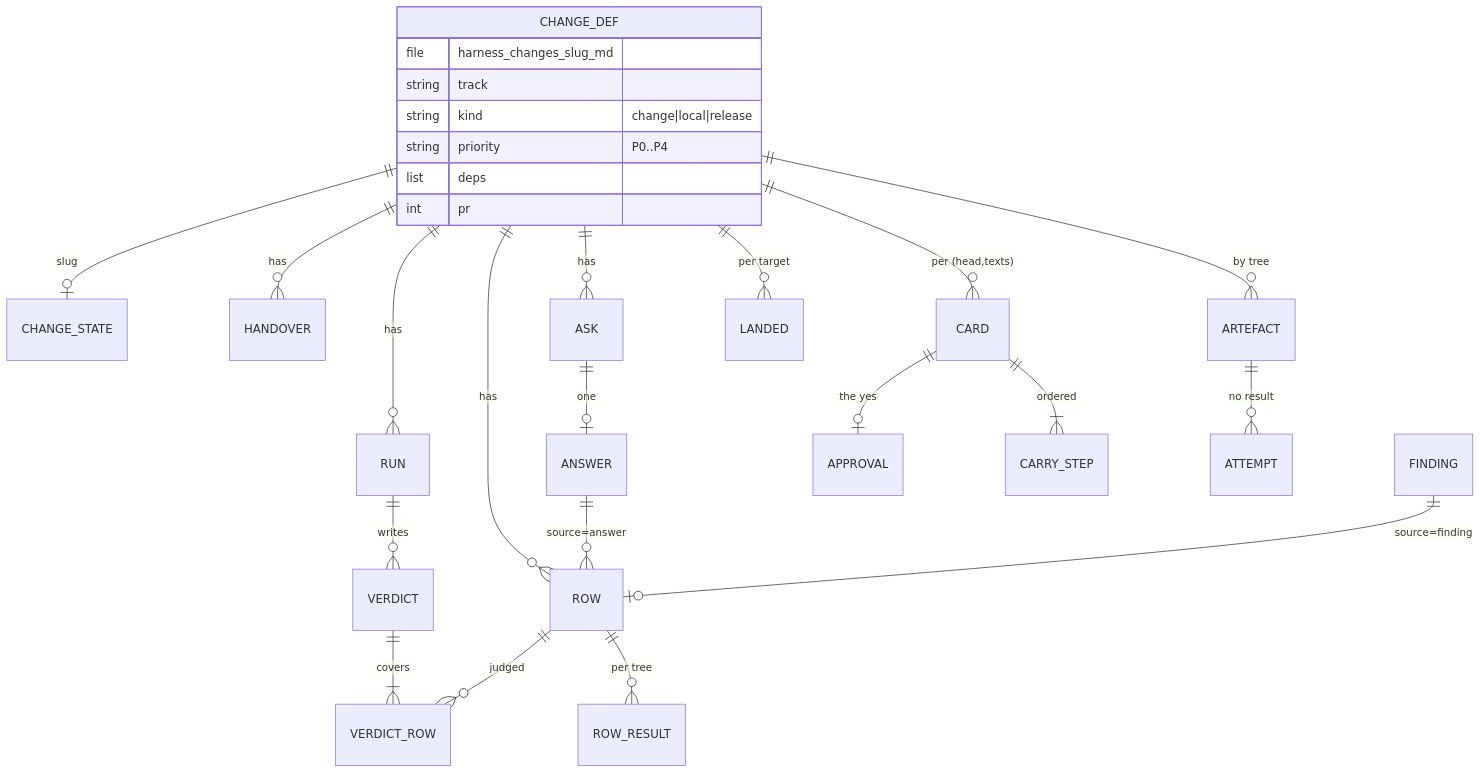
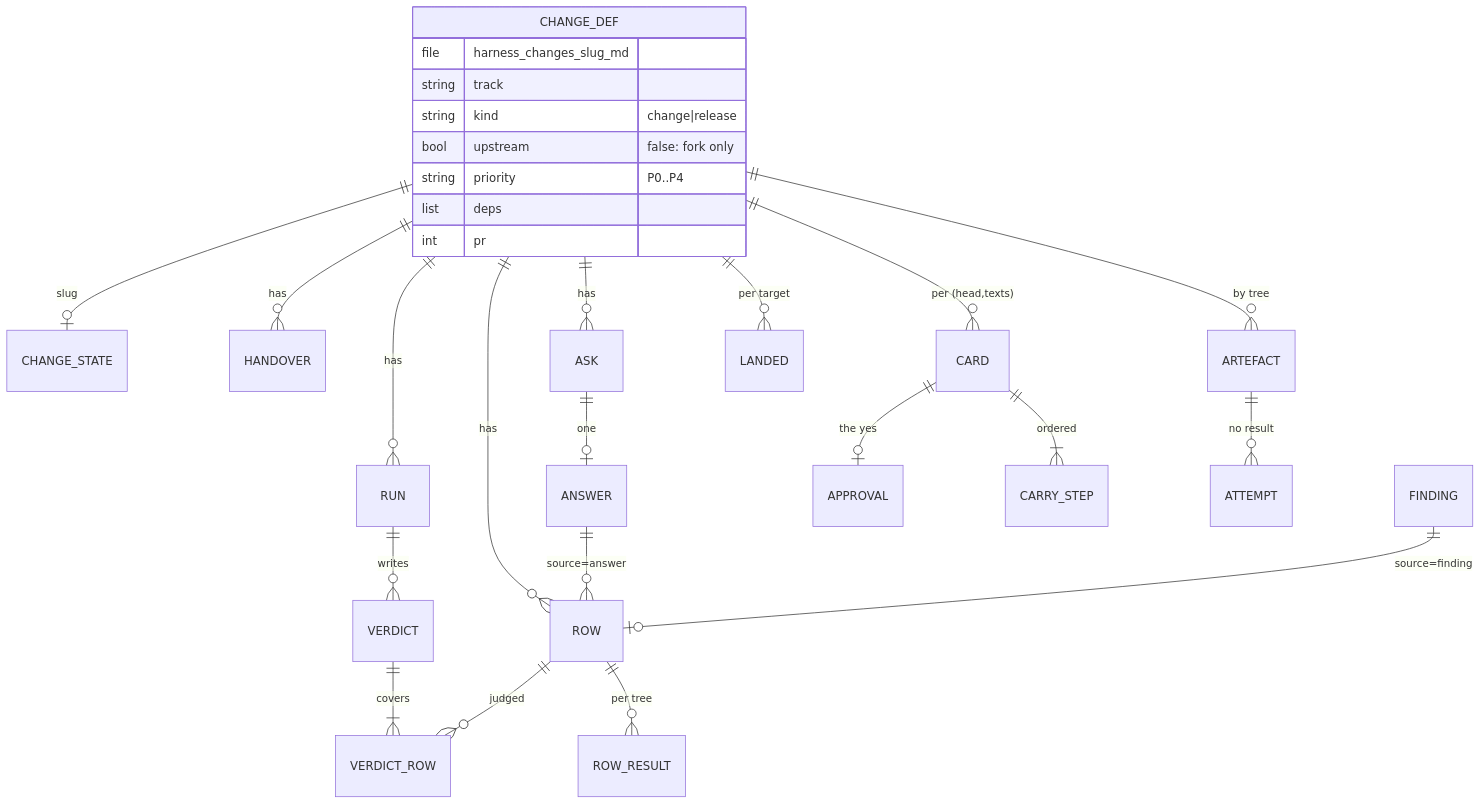
The second of 9 diagrams in docs/V9-PROPOSAL.md (AlexPerrin/RuneHarness), drawn with Mermaid before and after one commit. The commit also changed other lines of this file and 14 other files, not shown here.

First line of the commit message:
v9: inheritance audit — scripts and skills move into this repo (tracks/, .claude/skills/), rows are script|judge, handover records only, no Limits, no docfmt, build semaphore, upstream flag

````diff
--- a/docs/V9-PROPOSAL.md
+++ b/docs/V9-PROPOSAL.md
@@ -259,29 +264,30 @@
 ```mermaid
 erDiagram
   CHANGE_DEF ||--o| CHANGE_STATE : "slug"
   CHANGE_DEF ||--o{ RUN : has
   CHANGE_DEF ||--o{ HANDOVER : has
   CHANGE_DEF ||--o{ ROW : has
   ROW ||--o{ ROW_RESULT : "per tree"
   RUN ||--o{ VERDICT : writes
   VERDICT ||--|{ VERDICT_ROW : covers
   ROW ||--o{ VERDICT_ROW : judged
   CHANGE_DEF ||--o{ ASK : has
   ASK ||--o| ANSWER : "one"
   ANSWER ||--o{ ROW : "source=answer"
   FINDING ||--o| ROW : "source=finding"
   CHANGE_DEF ||--o{ CARD : "per (head,texts)"
   CARD ||--o| APPROVAL : "the yes"
   CARD ||--|{ CARRY_STEP : "ordered"
   CHANGE_DEF ||--o{ ARTEFACT : "by tree"
   ARTEFACT ||--o{ ATTEMPT : "no result"
   CHANGE_DEF ||--o{ LANDED : "per target"
   CHANGE_DEF {
     file harness_changes_slug_md
     string track
-    string kind "change|local|release"
+    string kind "change|release"
+    bool upstream "false: fork only"
     string priority "P0..P4"
     list deps
     int pr
   }
 ```
````
